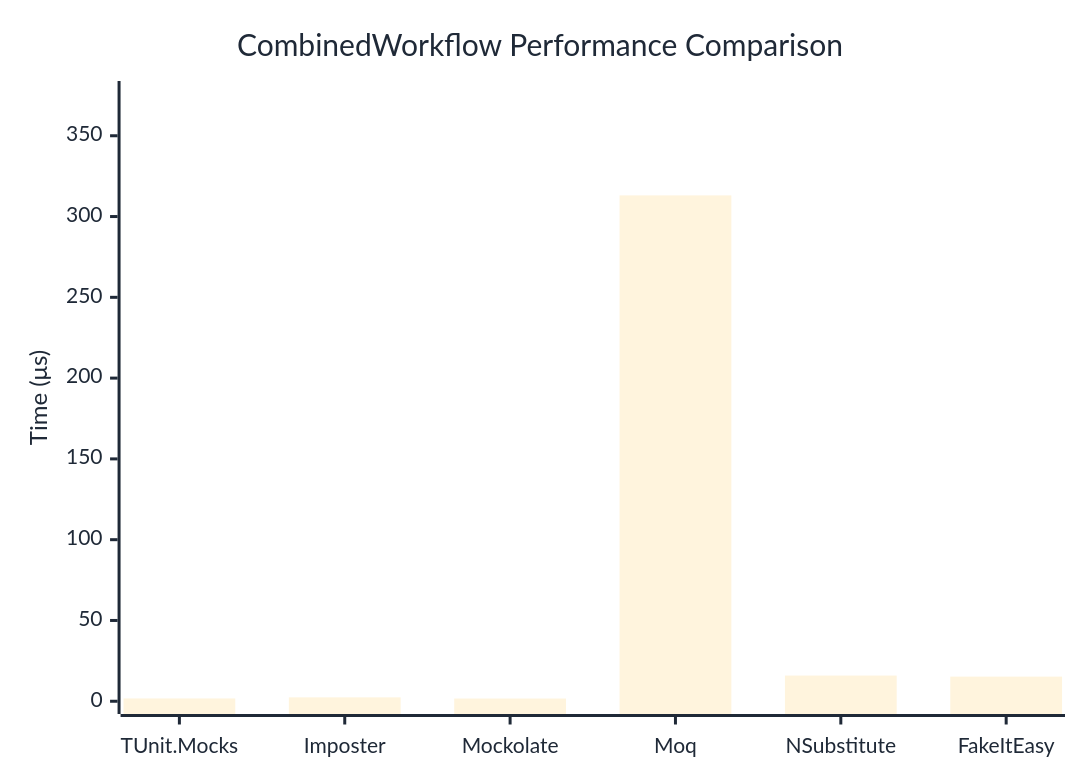
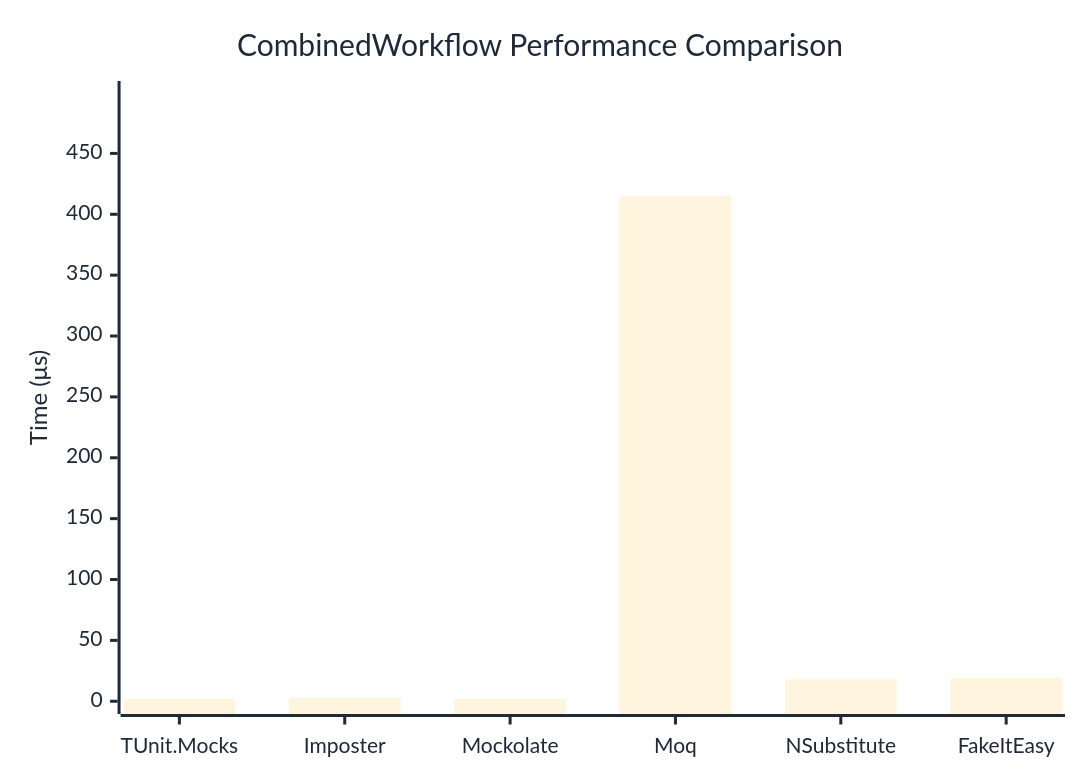
The diagram in docs/docs/benchmarks/mocks/CombinedWorkflow.md (thomhurst/TUnit), drawn with Mermaid before and after one commit. The commit also changed other lines of this file and 14 other files, not shown here.

````diff
--- a/docs/docs/benchmarks/mocks/CombinedWorkflow.md
+++ b/docs/docs/benchmarks/mocks/CombinedWorkflow.md
@@ -28,27 +28,27 @@
 ```mermaid
 %%{init: {
   'theme':'base',
   'themeVariables': {
     'primaryColor': '#2563eb',
     'primaryTextColor': '#1f2937',
     'primaryBorderColor': '#1e40af',
     'lineColor': '#6b7280',
     'secondaryColor': '#7c3aed',
     'tertiaryColor': '#dc2626',
     'background': '#ffffff',
     'pie1': '#2563eb',
     'pie2': '#7c3aed',
     'pie3': '#dc2626',
     'pie4': '#f59e0b',
     'pie5': '#10b981',
     'pie6': '#06b6d4',
     'pie7': '#ec4899',
     'pie8': '#6366f1'
   }
 }}%%
 xychart-beta
   title "CombinedWorkflow Performance Comparison"
   x-axis ["TUnit.Mocks", "Imposter", "Mockolate", "Moq", "NSubstitute", "FakeItEasy"]
-  y-axis "Time (μs)" 0 --> 376
-  bar [1.738, 2.415, 1.684, 313.088, 15.898, 15.252]
+  y-axis "Time (μs)" 0 --> 499
+  bar [1.796, 2.892, 1.821, 415.156, 17.921, 18.771]
 ```
````
